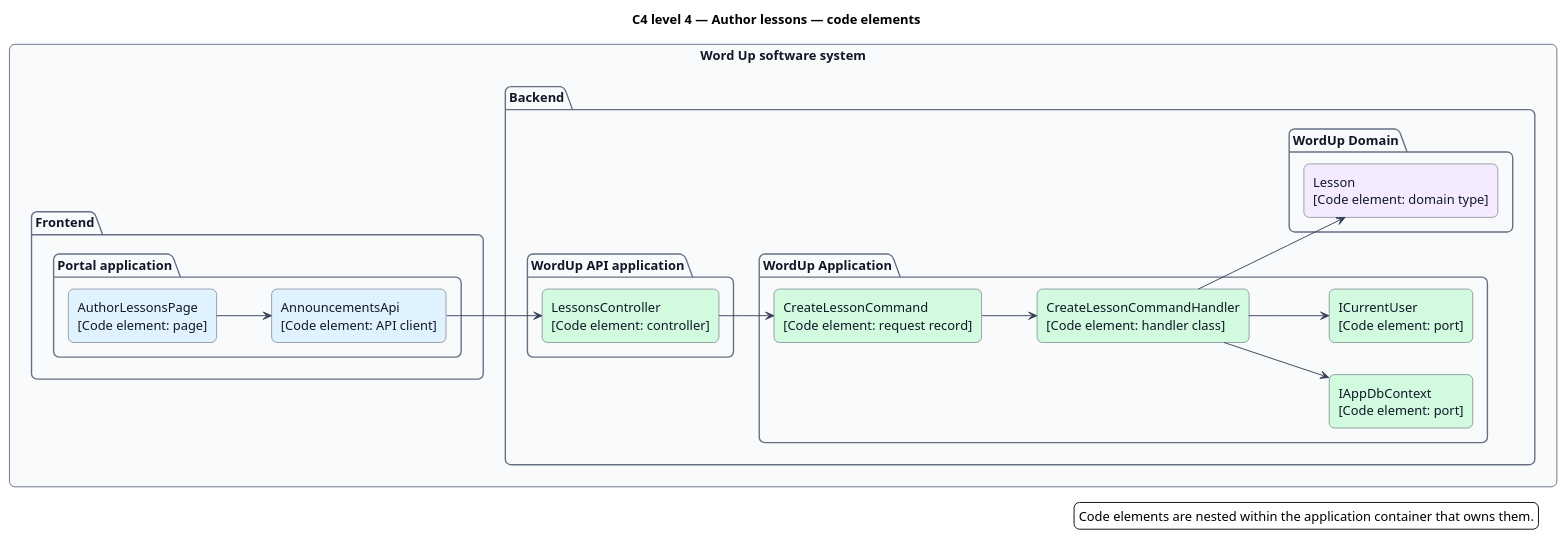
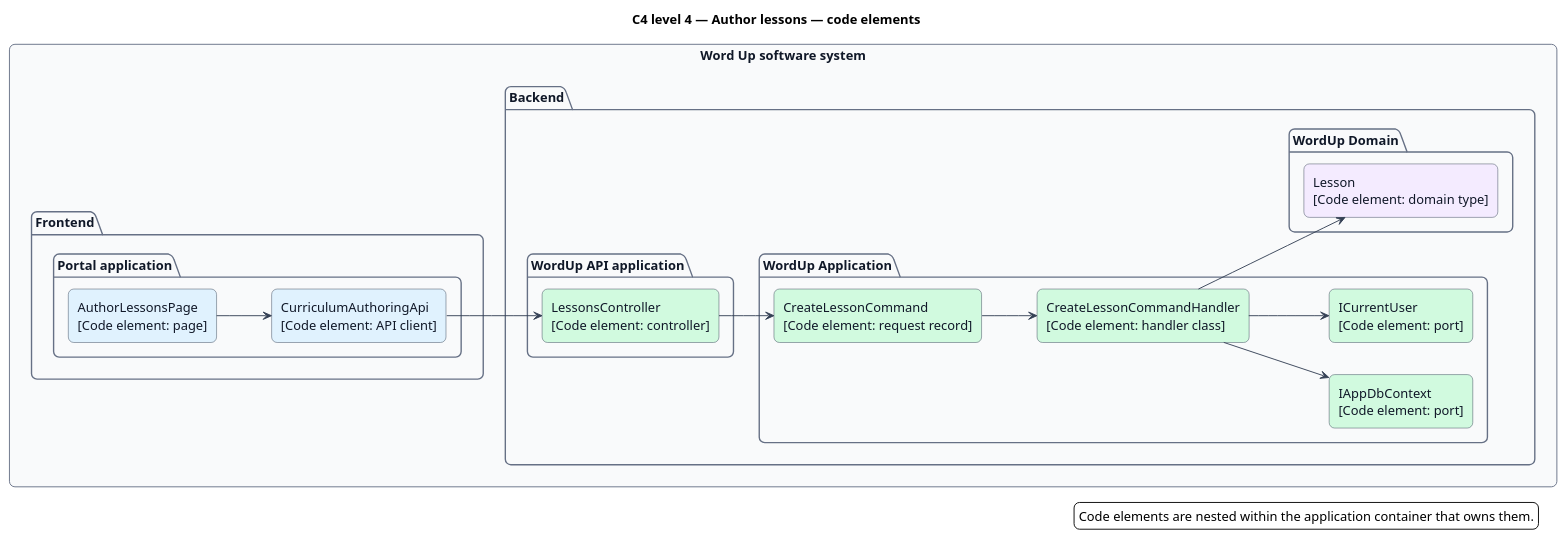
Before and after one commit to QuinntyneBrown/waypoint: the diagram in docs/detailed-designs/curriculum-authoring/author-lessons/diagrams/c4-code.puml, drawn with PlantUML. The commit also changed 1112 other files, not shown here.

```diff
--- a/docs/detailed-designs/curriculum-authoring/author-lessons/diagrams/c4-code.puml
+++ b/docs/detailed-designs/curriculum-authoring/author-lessons/diagrams/c4-code.puml
@@ -1,50 +1,50 @@
 @startuml
 left to right direction
 title C4 level 4 — Author lessons — code elements
 skinparam backgroundColor #FFFFFF
 skinparam shadowing false
 skinparam roundcorner 12
 skinparam defaultFontName Arial
 skinparam ArrowColor #344054
 skinparam rectangle {
   BorderColor #344054
   FontColor #101828
 }
 skinparam package {
   BorderColor #667085
   FontColor #101828
   BackgroundColor #F9FAFB
 }
 rectangle "Word Up software system" {
   package "Frontend" {
     package "Portal application" {
       rectangle "AuthorLessonsPage\n[Code element: page]" as page #E0F2FE
-      rectangle "AnnouncementsApi\n[Code element: API client]" as client #E0F2FE
+      rectangle "CurriculumAuthoringApi\n[Code element: API client]" as client #E0F2FE
     }
   }
   package "Backend" {
     package "WordUp API application" {
       rectangle "LessonsController\n[Code element: controller]" as controller #D1FADF
     }
     package "WordUp Application" {
       rectangle "CreateLessonCommand\n[Code element: request record]" as request #D1FADF
       rectangle "CreateLessonCommandHandler\n[Code element: handler class]" as handler #D1FADF
       rectangle "IAppDbContext\n[Code element: port]" as dbport #D1FADF
       rectangle "ICurrentUser\n[Code element: port]" as current #D1FADF
     }
     package "WordUp Domain" {
       rectangle "Lesson\n[Code element: domain type]" as entity #F4EBFF
     }
   }
 }
 page --> client
 client --> controller
 controller --> request
 request --> handler
 handler --> dbport
 handler --> current
 handler --> entity
 legend right
   Code elements are nested within the application container that owns them.
 endlegend
 @enduml
```
